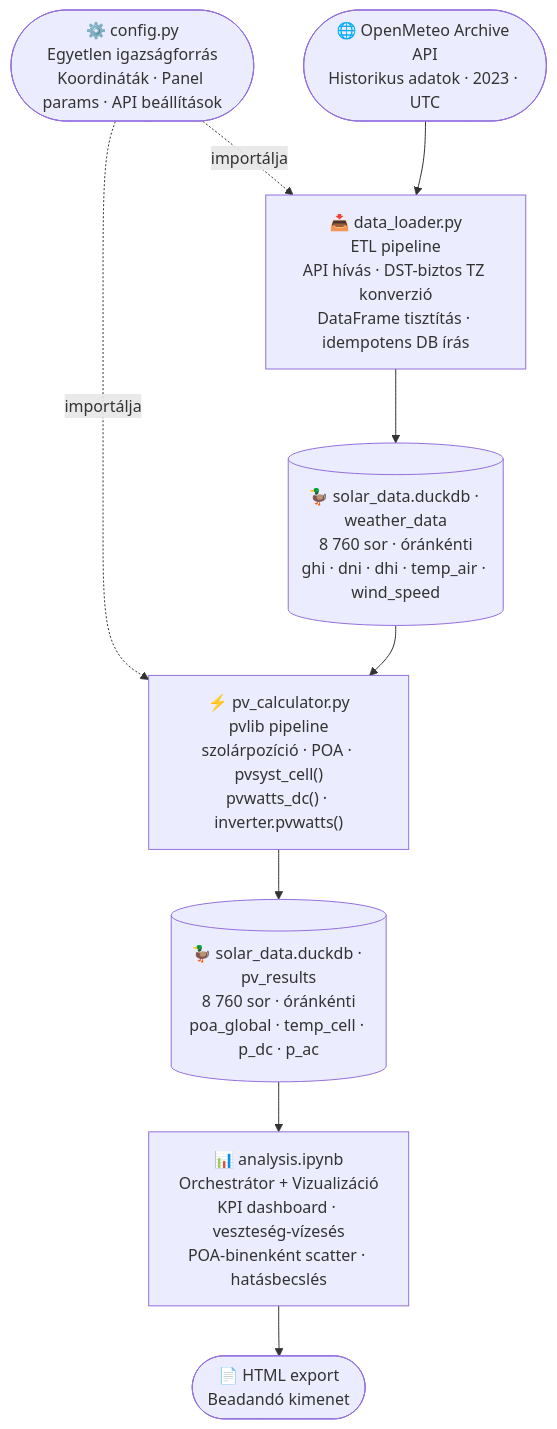
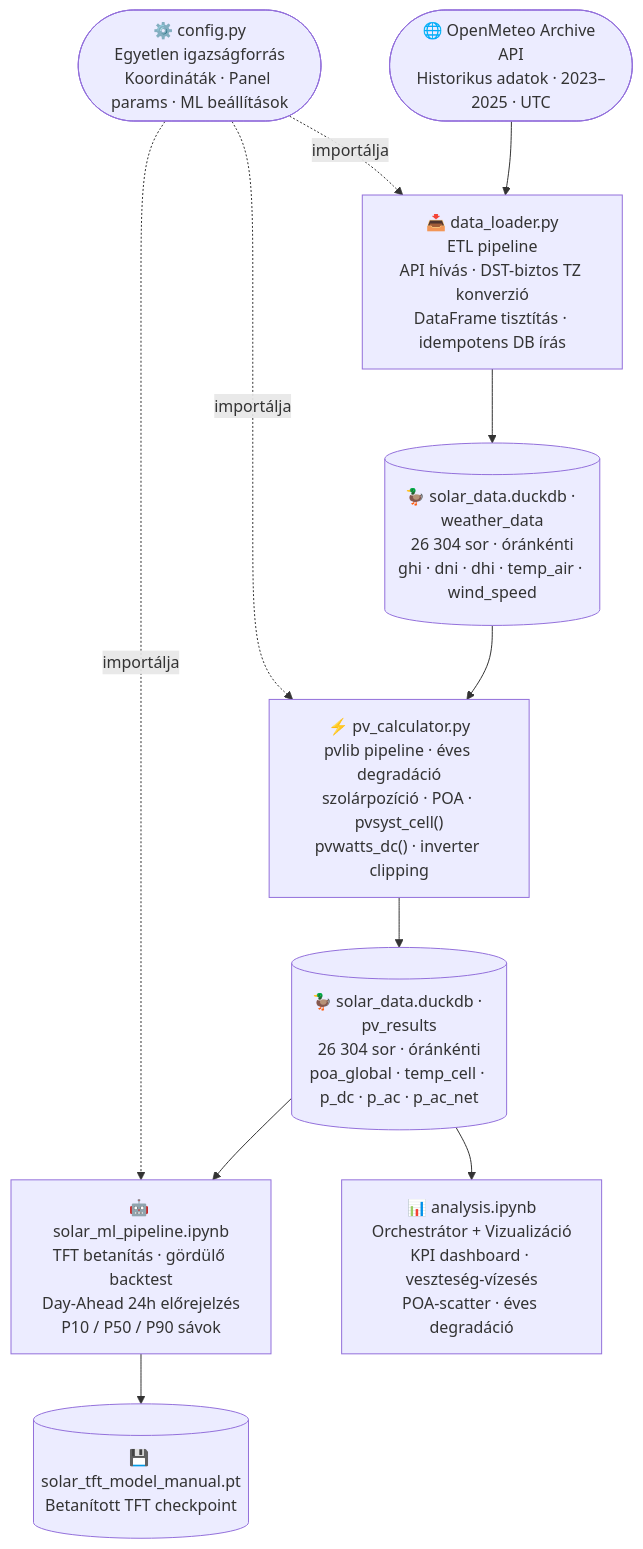
Before and after one commit to csabatatrai/solar-ml-pipeline: the diagram in README.md, drawn with Mermaid. The commit also changed other lines of this file and 4 other files, not shown here.

````diff
--- a/README.md
+++ b/README.md
@@ -49,19 +53,23 @@
 ```mermaid
 flowchart TD
-    API(["🌐 OpenMeteo Archive API\nHistorikus adatok · 2023 · UTC"])
-    CFG(["⚙️ config.py\nEgyetlen igazságforrás\nKoordináták · Panel params · API beállítások"])
+    API(["🌐 OpenMeteo Archive API\nHistorikus adatok · 2023–2025 · UTC"])
+    CFG(["⚙️ config.py\nEgyetlen igazságforrás\nKoordináták · Panel params · ML beállítások"])
 
     CFG -.->|importálja| DL
     CFG -.->|importálja| PV
+    CFG -.->|importálja| ML
 
     API --> DL
 
     DL["📥 data_loader.py\nETL pipeline\nAPI hívás · DST-biztos TZ konverzió\nDataFrame tisztítás · idempotens DB írás"]
-    DB[("🦆 solar_data.duckdb · weather_data\n8 760 sor · óránkénti\nghi · dni · dhi · temp_air · wind_speed")]
-    PV["⚡ pv_calculator.py\npvlib pipeline\nszolárpozíció · POA · pvsyst_cell()\npvwatts_dc() · inverter.pvwatts()"]
-    DB2[("🦆 solar_data.duckdb · pv_results\n8 760 sor · óránkénti\npoa_global · temp_cell · p_dc · p_ac")]
-    NB["📊 analysis.ipynb\nOrchestrátor + Vizualizáció\nKPI dashboard · veszteség-vízesés\nPOA-binenként scatter · hatásbecslés"]
-    HTML(["📄 HTML export\nBeadandó kimenet"])
+    DB1[("🦆 solar_data.duckdb · weather_data\n26 304 sor · óránkénti\nghi · dni · dhi · temp_air · wind_speed")]
+    PV["⚡ pv_calculator.py\npvlib pipeline · éves degradáció\nszolárpozíció · POA · pvsyst_cell()\npvwatts_dc() · inverter clipping"]
+    DB2[("🦆 solar_data.duckdb · pv_results\n26 304 sor · óránkénti\npoa_global · temp_cell · p_dc · p_ac · p_ac_net")]
+    NB1["📊 analysis.ipynb\nOrchestrátor + Vizualizáció\nKPI dashboard · veszteség-vízesés\nPOA-scatter · éves degradáció"]
+    ML["🤖 solar_ml_pipeline.ipynb\nTFT betanítás · gördülő backtest\nDay-Ahead 24h előrejelzés\nP10 / P50 / P90 sávok"]
+    MODEL[("💾 solar_tft_model_manual.pt\nBetanított TFT checkpoint")]
 
-    DL --> DB --> PV --> DB2 --> NB --> HTML
+    DL --> DB1 --> PV --> DB2
+    DB2 --> NB1
+    DB2 --> ML --> MODEL
 ```
````
